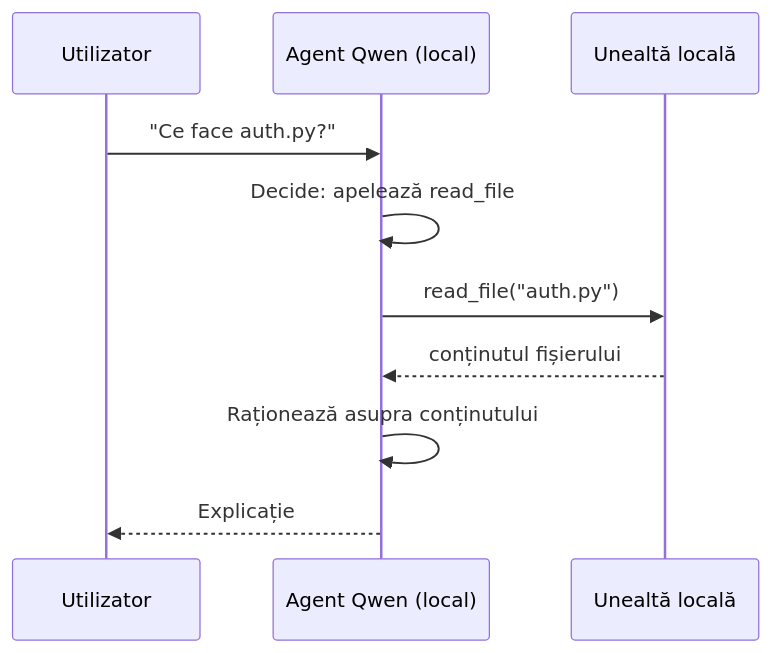
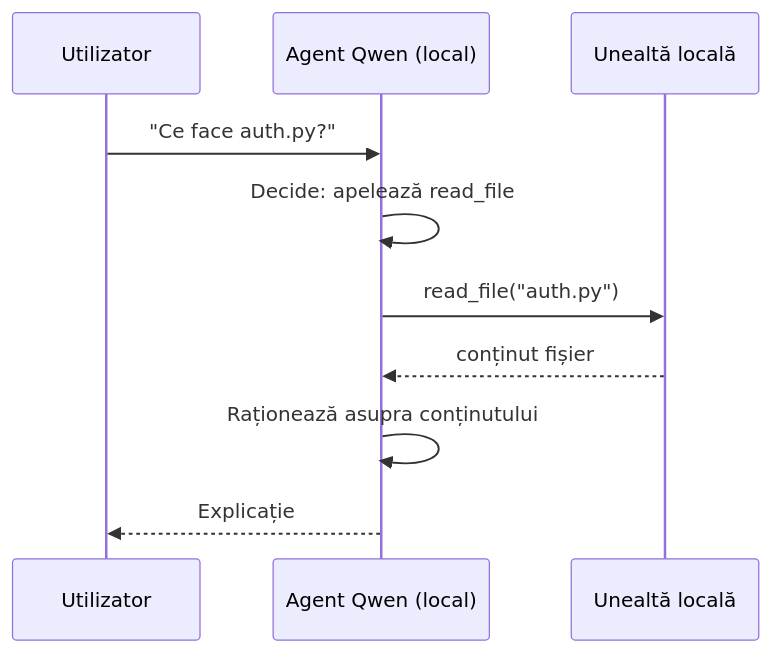
Before and after one commit to gabrielmoreira/agent-skills-mirror: the second of 4 diagrams in mirrors/repos/microsoft@ai-agents-for-beginners/translations/ro/17-creating-local-ai-agents/README.md, drawn with Mermaid. The commit also changed other lines of this file and 4262 other files, not shown here.

````diff
--- a/mirrors/repos/microsoft@ai-agents-for-beginners/translations/ro/17-creating-local-ai-agents/README.md
+++ b/mirrors/repos/microsoft@ai-agents-for-beginners/translations/ro/17-creating-local-ai-agents/README.md
@@ -106,12 +106,12 @@
 ```mermaid
 sequenceDiagram
     participant U as Utilizator
     participant A as Agent Qwen (local)
     participant T as Unealtă locală
     U->>A: "Ce face auth.py?"
     A->>A: Decide: apelează read_file
     A->>T: read_file("auth.py")
-    T-->>A: conținutul fișierului
+    T-->>A: conținut fișier
     A->>A: Raționează asupra conținutului
     A-->>U: Explicație
 ```
````
